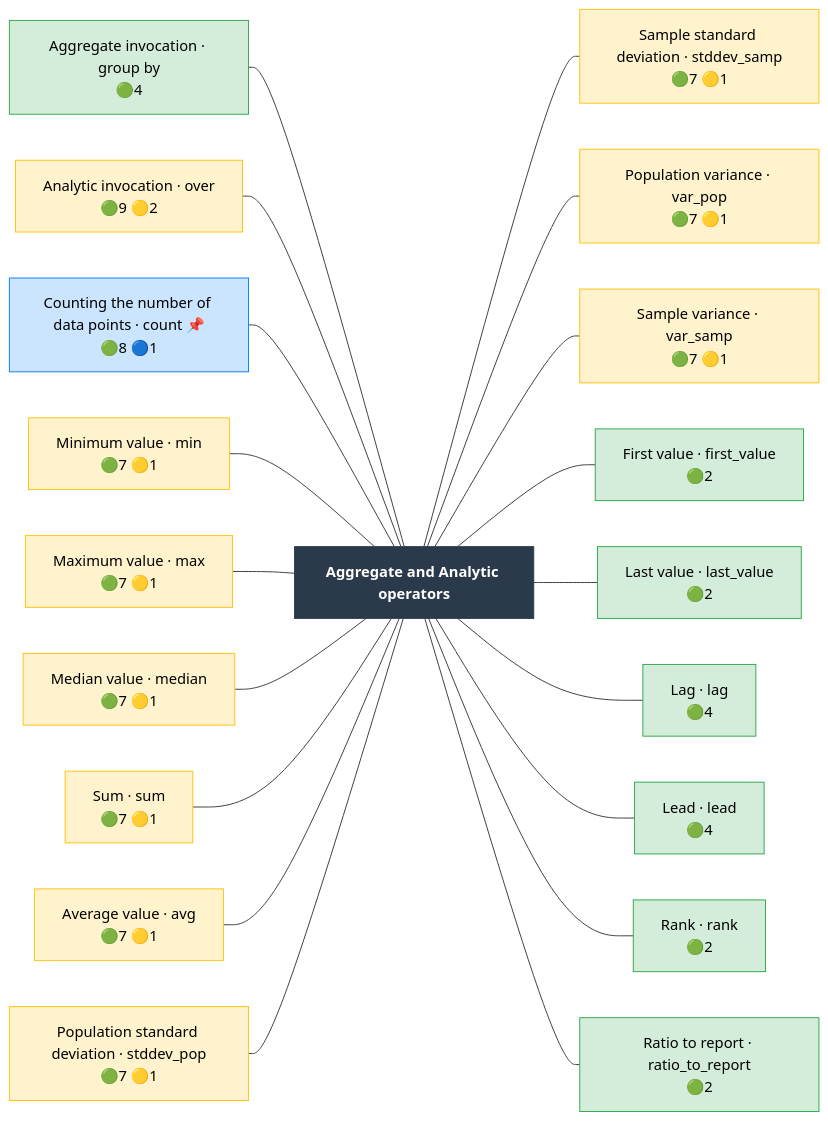
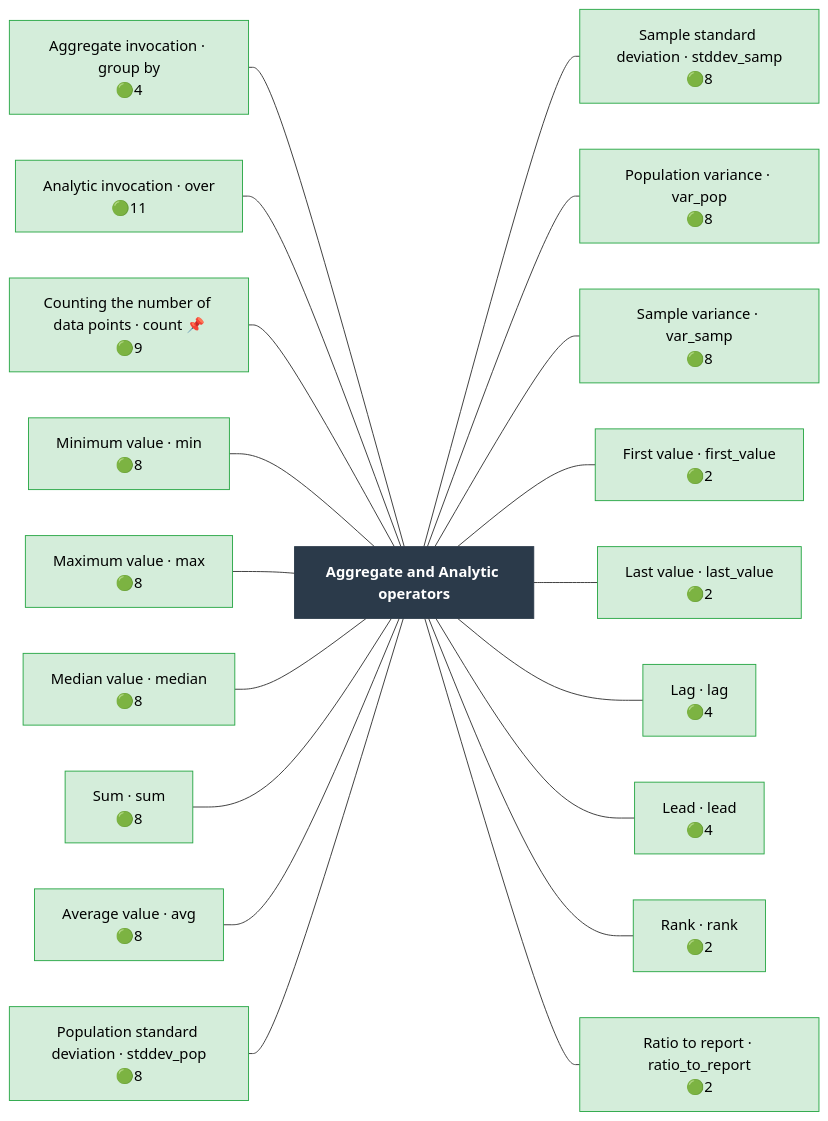
The diagram in docs/operator_map/aggregate/index.rst (Meaningful-Data/vtlengine), drawn with Mermaid before and after one commit. The commit also changed other lines of this file and 175 other files, not shown here.

```diff
--- a/docs/operator_map/aggregate/index.rst
+++ b/docs/operator_map/aggregate/index.rst
@@ -24,66 +24,66 @@
 .. mermaid::
    :config: {"flowchart": {"useMaxWidth": false}}
 
    flowchart LR
        classDef ok fill:#d4edda,stroke:#28a745,color:#000
        classDef partial fill:#fff3cd,stroke:#ffc107,color:#000
        classDef refused fill:#d4edda,stroke:#28a745,stroke-width:3px,stroke-dasharray: 2 2,color:#000
        classDef missing fill:#f8d7da,stroke:#dc3545,color:#000
        classDef diverge fill:#cce5ff,stroke:#007bff,color:#000
        classDef block fill:#2b3a4a,stroke:#2b3a4a,color:#fff,font-weight:bold
        classDef ext fill:#fff,stroke:#666,color:#000,stroke-dasharray: 5 5
        B["Aggregate and Analytic operators"]:::block
        aggregate__aggregate_invocation["Aggregate invocation · group by<br/>🟢4"]:::ok
-       aggregate__analytic_invocation["Analytic invocation · over<br/>🟢9 🟡2"]:::partial
-       aggregate__count["Counting the number of data points · count 📌<br/>🟢8 🔵1"]:::diverge
-       aggregate__min["Minimum value · min<br/>🟢7 🟡1"]:::partial
-       aggregate__max["Maximum value · max<br/>🟢7 🟡1"]:::partial
-       aggregate__median["Median value · median<br/>🟢7 🟡1"]:::partial
-       aggregate__sum["Sum · sum<br/>🟢7 🟡1"]:::partial
-       aggregate__avg["Average value · avg<br/>🟢7 🟡1"]:::partial
-       aggregate__stddev_pop["Population standard deviation · stddev_pop<br/>🟢7 🟡1"]:::partial
-       aggregate__stddev_samp["Sample standard deviation · stddev_samp<br/>🟢7 🟡1"]:::partial
-       aggregate__var_pop["Population variance · var_pop<br/>🟢7 🟡1"]:::partial
-       aggregate__var_samp["Sample variance · var_samp<br/>🟢7 🟡1"]:::partial
+       aggregate__analytic_invocation["Analytic invocation · over<br/>🟢11"]:::ok
+       aggregate__count["Counting the number of data points · count 📌<br/>🟢9"]:::ok
+       aggregate__min["Minimum value · min<br/>🟢8"]:::ok
+       aggregate__max["Maximum value · max<br/>🟢8"]:::ok
+       aggregate__median["Median value · median<br/>🟢8"]:::ok
+       aggregate__sum["Sum · sum<br/>🟢8"]:::ok
+       aggregate__avg["Average value · avg<br/>🟢8"]:::ok
+       aggregate__stddev_pop["Population standard deviation · stddev_pop<br/>🟢8"]:::ok
+       aggregate__stddev_samp["Sample standard deviation · stddev_samp<br/>🟢8"]:::ok
+       aggregate__var_pop["Population variance · var_pop<br/>🟢8"]:::ok
+       aggregate__var_samp["Sample variance · var_samp<br/>🟢8"]:::ok
        aggregate__first_value["First value · first_value<br/>🟢2"]:::ok
        aggregate__last_value["Last value · last_value<br/>🟢2"]:::ok
        aggregate__lag["Lag · lag<br/>🟢4"]:::ok
        aggregate__lead["Lead · lead<br/>🟢4"]:::ok
        aggregate__rank["Rank · rank<br/>🟢2"]:::ok
        aggregate__ratio_to_report["Ratio to report · ratio_to_report<br/>🟢2"]:::ok
        aggregate__aggregate_invocation --- B
        aggregate__analytic_invocation --- B
        aggregate__count --- B
        aggregate__min --- B
        aggregate__max --- B
        aggregate__median --- B
        aggregate__sum --- B
        aggregate__avg --- B
        aggregate__stddev_pop --- B
        B --- aggregate__stddev_samp
        B --- aggregate__var_pop
        B --- aggregate__var_samp
        B --- aggregate__first_value
        B --- aggregate__last_value
        B --- aggregate__lag
        B --- aggregate__lead
        B --- aggregate__rank
        B --- aggregate__ratio_to_report
        click aggregate__aggregate_invocation href "aggregate_invocation.html"
        click aggregate__analytic_invocation href "analytic_invocation.html"
        click aggregate__count href "count.html"
        click aggregate__min href "min.html"
        click aggregate__max href "max.html"
        click aggregate__median href "median.html"
        click aggregate__sum href "sum.html"
        click aggregate__avg href "avg.html"
        click aggregate__stddev_pop href "stddev_pop.html"
        click aggregate__stddev_samp href "stddev_samp.html"
        click aggregate__var_pop href "var_pop.html"
        click aggregate__var_samp href "var_samp.html"
        click aggregate__first_value href "first_value.html"
        click aggregate__last_value href "last_value.html"
        click aggregate__lag href "lag.html"
        click aggregate__lead href "lead.html"
        click aggregate__rank href "rank.html"
        click aggregate__ratio_to_report href "ratio_to_report.html"
```
